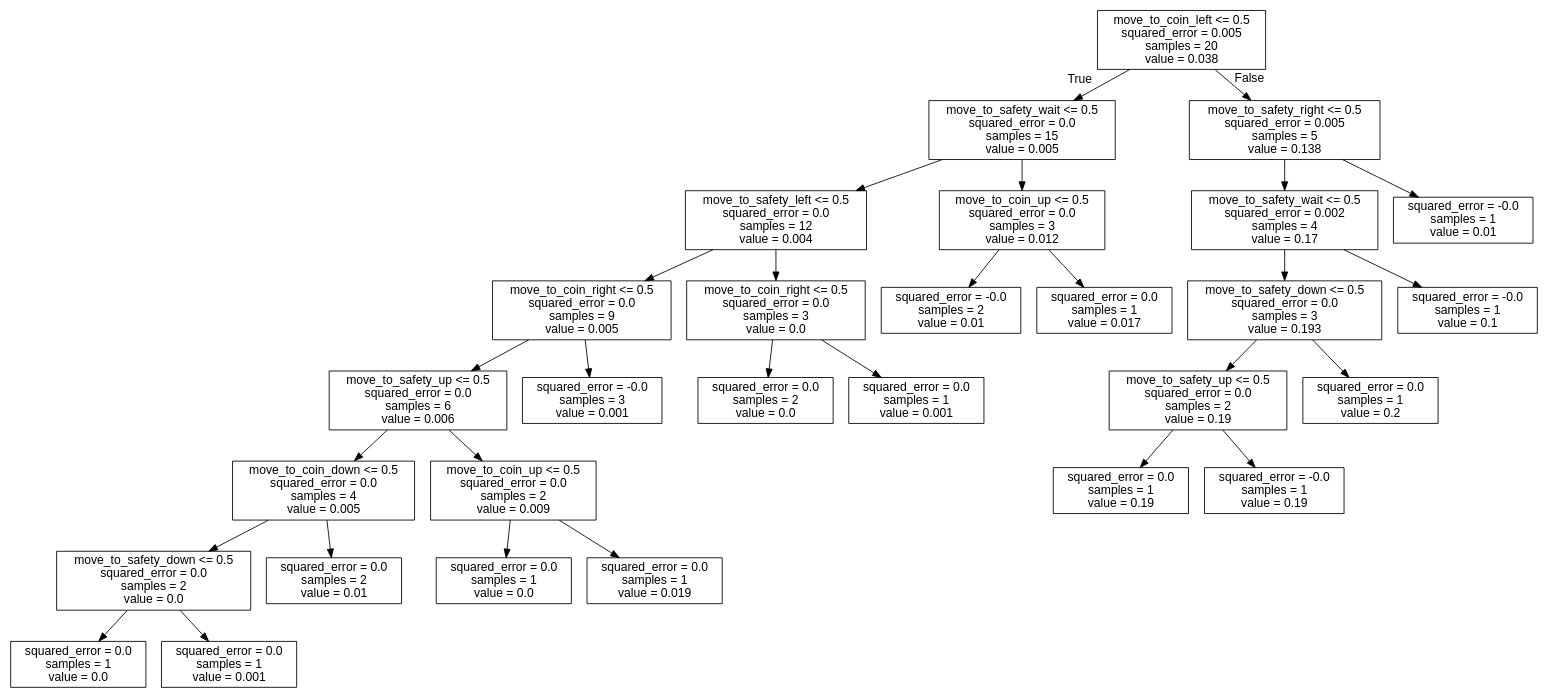
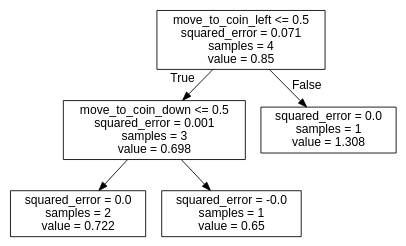
One commit to J-Gann/FML changed the diagram in bomberman_rl/agent_code/my_agent/trees/LEFT.dot. Above: the diagram before and after it, drawn with Graphviz. The commit also changed 10 other files, not shown here.

```diff
--- a/bomberman_rl/agent_code/my_agent/trees/LEFT.dot
+++ b/bomberman_rl/agent_code/my_agent/trees/LEFT.dot
@@ -1,61 +1,13 @@
 digraph Tree {
 node [shape=box, fontname="helvetica"] ;
 edge [fontname="helvetica"] ;
-0 [label="move_to_coin_left <= 0.5\nsquared_error = 0.005\nsamples = 20\nvalue = 0.038"] ;
-1 [label="move_to_safety_wait <= 0.5\nsquared_error = 0.0\nsamples = 15\nvalue = 0.005"] ;
+0 [label="move_to_coin_left <= 0.5\nsquared_error = 0.071\nsamples = 4\nvalue = 0.85"] ;
+1 [label="move_to_coin_down <= 0.5\nsquared_error = 0.001\nsamples = 3\nvalue = 0.698"] ;
 0 -> 1 [labeldistance=2.5, labelangle=45, headlabel="True"] ;
-2 [label="move_to_safety_left <= 0.5\nsquared_error = 0.0\nsamples = 12\nvalue = 0.004"] ;
+2 [label="squared_error = 0.0\nsamples = 2\nvalue = 0.722"] ;
 1 -> 2 ;
-3 [label="move_to_coin_right <= 0.5\nsquared_error = 0.0\nsamples = 9\nvalue = 0.005"] ;
-2 -> 3 ;
-4 [label="move_to_safety_up <= 0.5\nsquared_error = 0.0\nsamples = 6\nvalue = 0.006"] ;
-3 -> 4 ;
-5 [label="move_to_coin_down <= 0.5\nsquared_error = 0.0\nsamples = 4\nvalue = 0.005"] ;
-4 -> 5 ;
-6 [label="move_to_safety_down <= 0.5\nsquared_error = 0.0\nsamples = 2\nvalue = 0.0"] ;
-5 -> 6 ;
-7 [label="squared_error = 0.0\nsamples = 1\nvalue = 0.0"] ;
-6 -> 7 ;
-8 [label="squared_error = 0.0\nsamples = 1\nvalue = 0.001"] ;
-6 -> 8 ;
-9 [label="squared_error = 0.0\nsamples = 2\nvalue = 0.01"] ;
-5 -> 9 ;
-10 [label="move_to_coin_up <= 0.5\nsquared_error = 0.0\nsamples = 2\nvalue = 0.009"] ;
-4 -> 10 ;
-11 [label="squared_error = 0.0\nsamples = 1\nvalue = 0.0"] ;
-10 -> 11 ;
-12 [label="squared_error = 0.0\nsamples = 1\nvalue = 0.019"] ;
-10 -> 12 ;
-13 [label="squared_error = -0.0\nsamples = 3\nvalue = 0.001"] ;
-3 -> 13 ;
-14 [label="move_to_coin_right <= 0.5\nsquared_error = 0.0\nsamples = 3\nvalue = 0.0"] ;
-2 -> 14 ;
-15 [label="squared_error = 0.0\nsamples = 2\nvalue = 0.0"] ;
-14 -> 15 ;
-16 [label="squared_error = 0.0\nsamples = 1\nvalue = 0.001"] ;
-14 -> 16 ;
-17 [label="move_to_coin_up <= 0.5\nsquared_error = 0.0\nsamples = 3\nvalue = 0.012"] ;
-1 -> 17 ;
-18 [label="squared_error = -0.0\nsamples = 2\nvalue = 0.01"] ;
-17 -> 18 ;
-19 [label="squared_error = 0.0\nsamples = 1\nvalue = 0.017"] ;
-17 -> 19 ;
-20 [label="move_to_safety_right <= 0.5\nsquared_error = 0.005\nsamples = 5\nvalue = 0.138"] ;
-0 -> 20 [labeldistance=2.5, labelangle=-45, headlabel="False"] ;
-21 [label="move_to_safety_wait <= 0.5\nsquared_error = 0.002\nsamples = 4\nvalue = 0.17"] ;
-20 -> 21 ;
-22 [label="move_to_safety_down <= 0.5\nsquared_error = 0.0\nsamples = 3\nvalue = 0.193"] ;
-21 -> 22 ;
-23 [label="move_to_safety_up <= 0.5\nsquared_error = 0.0\nsamples = 2\nvalue = 0.19"] ;
-22 -> 23 ;
-24 [label="squared_error = 0.0\nsamples = 1\nvalue = 0.19"] ;
-23 -> 24 ;
-25 [label="squared_error = -0.0\nsamples = 1\nvalue = 0.19"] ;
-23 -> 25 ;
-26 [label="squared_error = 0.0\nsamples = 1\nvalue = 0.2"] ;
-22 -> 26 ;
-27 [label="squared_error = -0.0\nsamples = 1\nvalue = 0.1"] ;
-21 -> 27 ;
-28 [label="squared_error = -0.0\nsamples = 1\nvalue = 0.01"] ;
-20 -> 28 ;
+3 [label="squared_error = -0.0\nsamples = 1\nvalue = 0.65"] ;
+1 -> 3 ;
+4 [label="squared_error = 0.0\nsamples = 1\nvalue = 1.308"] ;
+0 -> 4 [labeldistance=2.5, labelangle=-45, headlabel="False"] ;
 }
```
